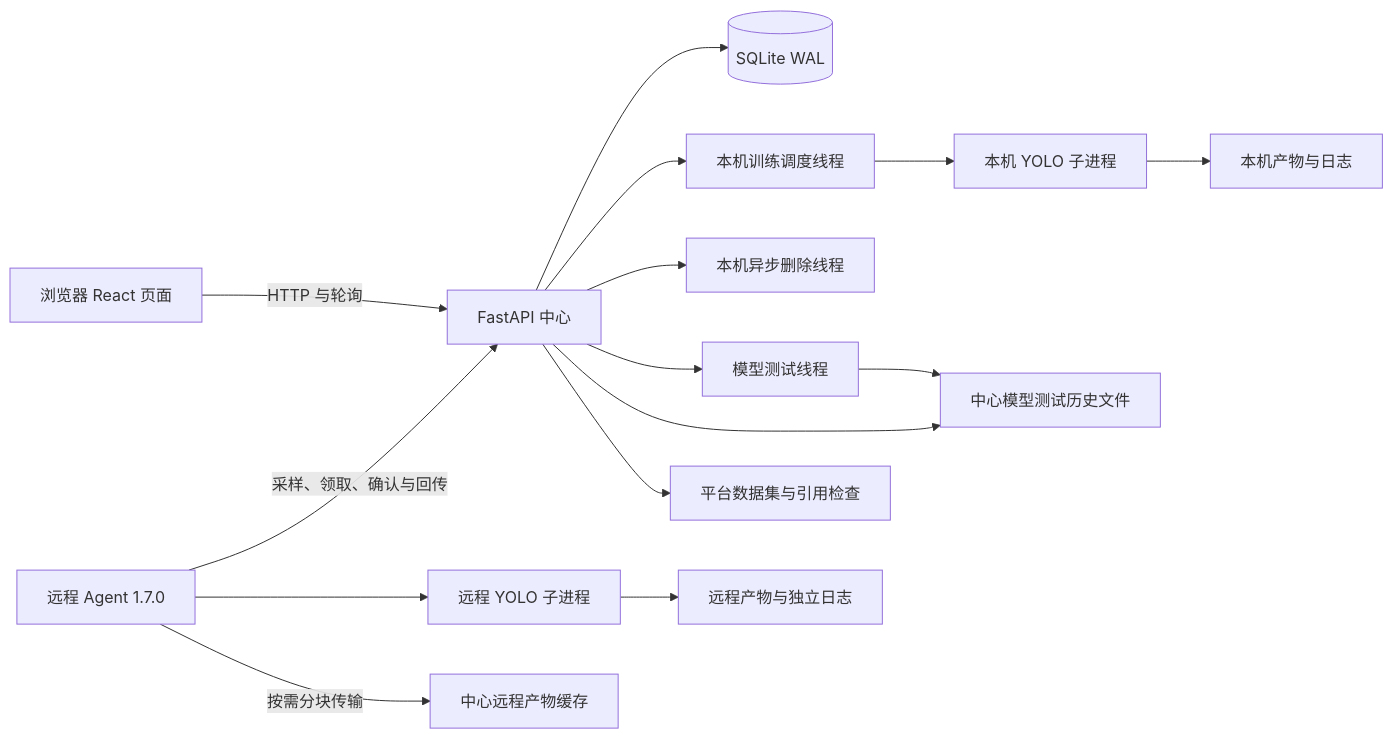
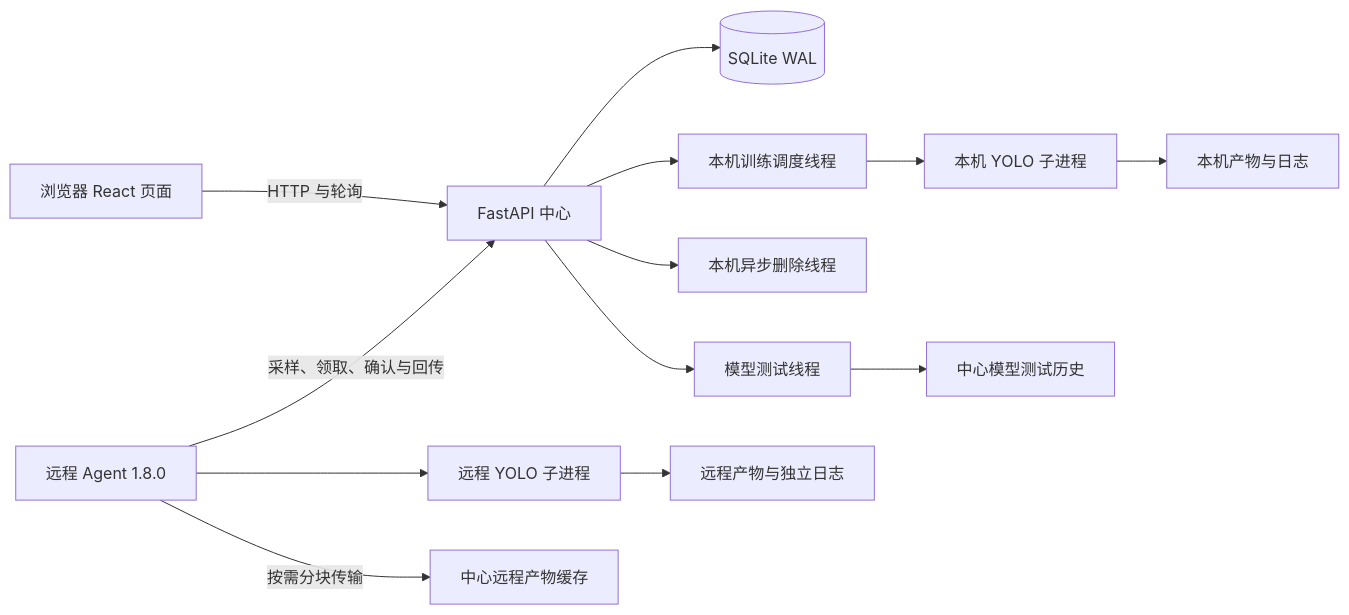
The diagram in docs/project-analysis.md (scsg666g/yolo-xlpt), drawn with Mermaid before and after one commit. The commit also changed other lines of this file and 45 other files, not shown here.

````diff
--- a/docs/project-analysis.md
+++ b/docs/project-analysis.md
@@ -24,17 +24,15 @@
 ```mermaid
 flowchart LR
     UI[浏览器 React 页面] -->|HTTP 与轮询| API[FastAPI 中心]
     API --> DB[(SQLite WAL)]
     API --> S[本机训练调度线程]
     S --> CLI[本机 YOLO 子进程]
     CLI --> FS[本机产物与日志]
     API --> D[本机异步删除线程]
     API --> I[模型测试线程]
-    I --> MH[中心模型测试历史文件]
-    API --> MH
-    API --> DS[平台数据集与引用检查]
-    AG[远程 Agent 1.7.0] -->|采样、领取、确认与回传| API
+    I --> MH[中心模型测试历史]
+    AG[远程 Agent 1.8.0] -->|采样、领取、确认与回传| API
     AG --> RC[远程 YOLO 子进程]
     RC --> RF[远程产物与独立日志]
     AG -->|按需分块传输| CACHE[中心远程产物缓存]
 ```
````
